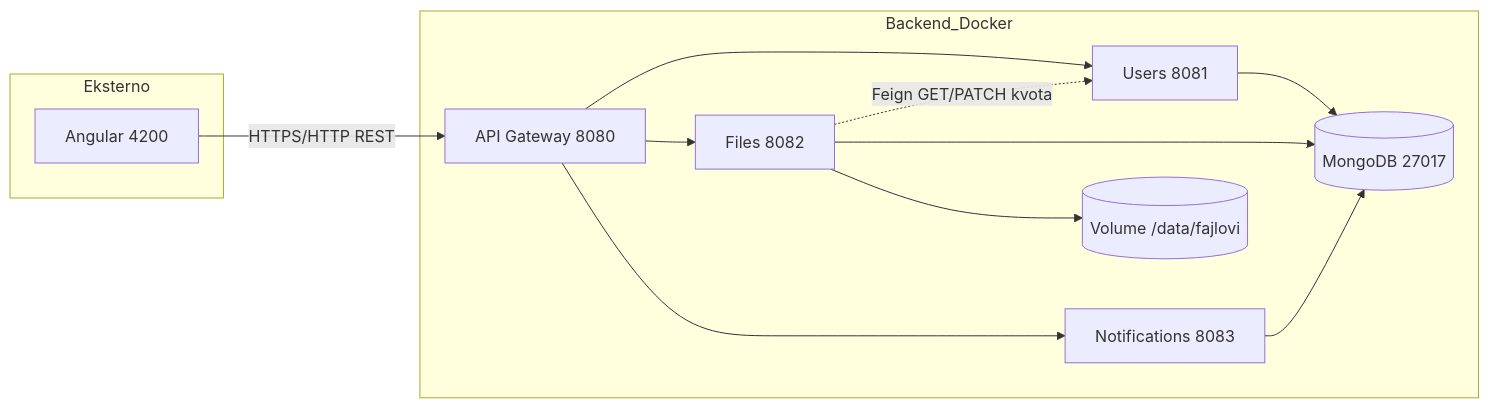
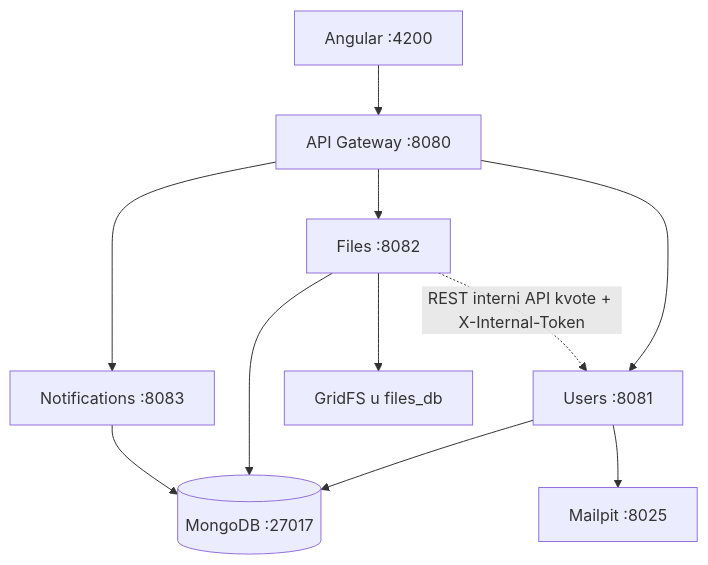
Before and after one commit to rastko24/cloud-drive-microservices: the diagram in docs/DIJAGRAM-2.1.md, drawn with Mermaid. The commit also changed other lines of this file and 2 other files, not shown here.

````diff
--- a/docs/DIJAGRAM-2.1.md
+++ b/docs/DIJAGRAM-2.1.md
@@ -5,25 +7,21 @@
 ```mermaid
-flowchart LR
-  subgraph Eksterno
-    FE[Angular 4200]
-  end
+flowchart TB
+  angular[Angular :4200]
+  gateway[API Gateway :8080]
+  users[Users :8081]
+  files[Files :8082]
+  notif[Notifications :8083]
+  mailpit[Mailpit :8025]
+  mongo[(MongoDB :27017)]
 
-  subgraph Backend_Docker
-    GW[API Gateway 8080]
-    US[Users 8081]
-    FS[Files 8082]
-    NS[Notifications 8083]
-    DB[(MongoDB 27017)]
-    VOL[(Volume /data/fajlovi)]
-  end
-
-  FE -->|HTTPS/HTTP REST| GW
-  GW --> US
-  GW --> FS
-  GW --> NS
-  US --> DB
-  FS --> DB
-  NS --> DB
-  FS --> VOL
-  FS -.->|Feign GET/PATCH kvota| US
+  angular --> gateway
+  gateway --> users
+  gateway --> files
+  gateway --> notif
+  users --> mongo
+  files --> mongo
+  notif --> mongo
+  files --> gridfs[GridFS u files_db]
+  users --> mailpit
+  files -.->|REST interni API kvote + X-Internal-Token| users
 ```
````
